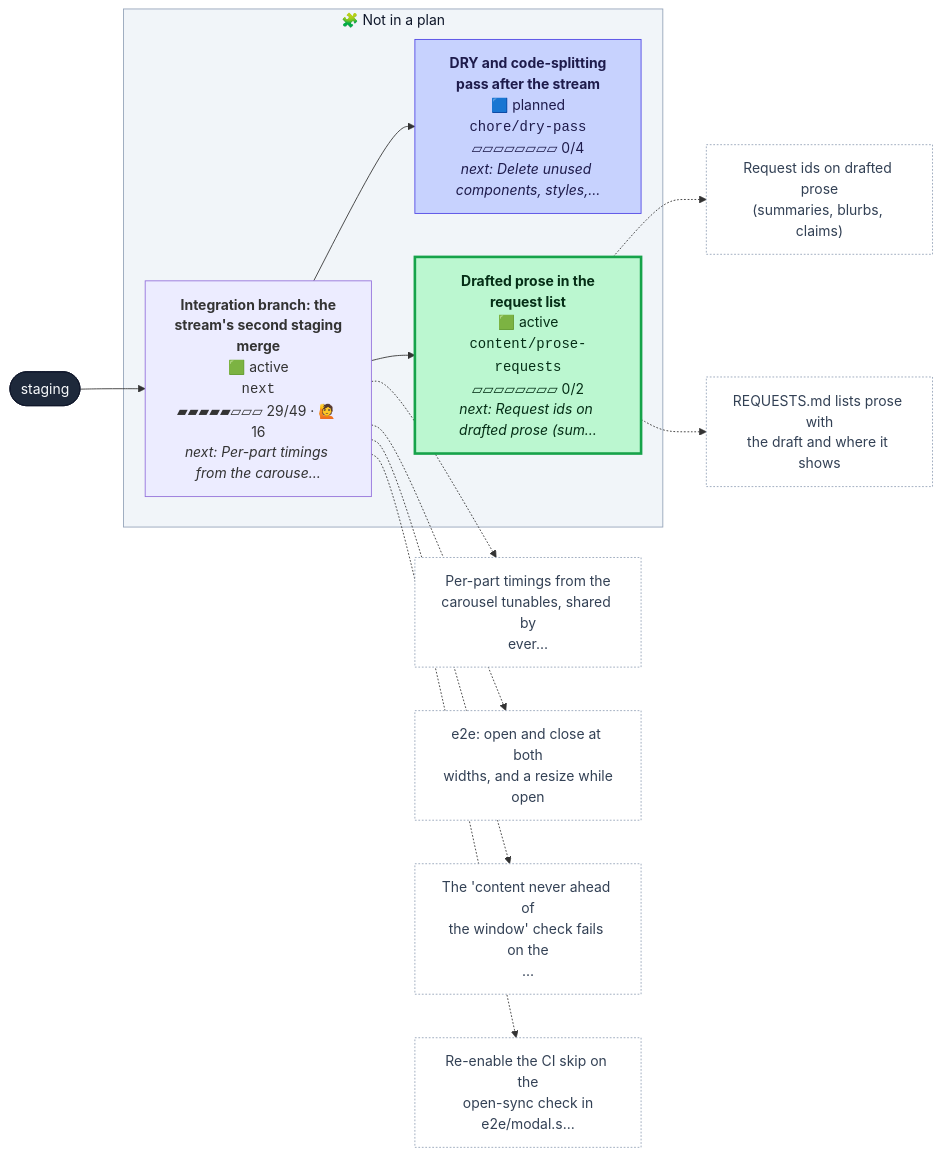
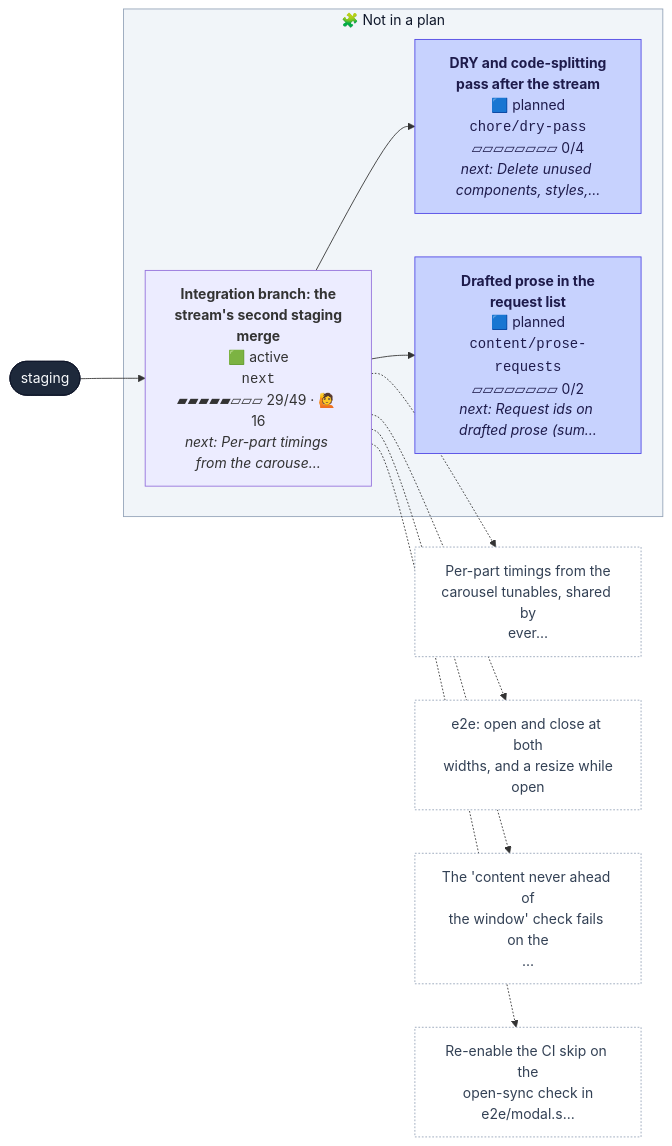
The first of 2 diagrams in CONTRIBUTING.md (henryjonescodes/portfolio), drawn with Mermaid before and after one commit. The commit also changed other lines of this file, not shown here.

````diff
--- a/CONTRIBUTING.md
+++ b/CONTRIBUTING.md
@@ -16,44 +16,38 @@
 ```mermaid
 flowchart LR
   n_staging([staging])
   class n_staging trunk
   subgraph loose["🧩 Not in a plan"]
     n_chore_dry_pass["<b>DRY and code-splitting<br/>pass after the stream</b><br/>🟦 planned<br/><code>chore/dry-pass</code><br/>▱▱▱▱▱▱▱▱ 0/4<br/><i>next: Delete unused components, styles,…</i>"]
     class n_chore_dry_pass planned
-    n_content_prose_requests["<b>Drafted prose in the<br/>request list</b><br/>🟩 active<br/><code>content/prose-requests</code><br/>▱▱▱▱▱▱▱▱ 0/2<br/><i>next: Request ids on drafted prose (sum…</i>"]
-    class n_content_prose_requests active
+    n_content_prose_requests["<b>Drafted prose in the<br/>request list</b><br/>🟦 planned<br/><code>content/prose-requests</code><br/>▱▱▱▱▱▱▱▱ 0/2<br/><i>next: Request ids on drafted prose (sum…</i>"]
+    class n_content_prose_requests planned
     n_next["<b>Integration branch: the<br/>stream's second staging<br/>merge</b><br/>🟩 active<br/><code>next</code><br/>▰▰▰▰▰▱▱▱ 29/49 · 🙋 16<br/><i>next: Per-part timings from the carouse…</i>"]
     class n_next active,current
   end
   style loose fill:#f1f5f9,stroke:#94a3b8,color:#0f172a
   n_next --> n_chore_dry_pass
   n_next --> n_content_prose_requests
   n_staging --> n_next
-  n_content_prose_requests_t0["Request ids on drafted prose<br/>(summaries, blurbs, claims)"]
-  class n_content_prose_requests_t0 todo
-  n_content_prose_requests -.-> n_content_prose_requests_t0
-  n_content_prose_requests_t1["REQUESTS.md lists prose with<br/>the draft and where it shows"]
-  class n_content_prose_requests_t1 todo
-  n_content_prose_requests -.-> n_content_prose_requests_t1
   n_next_t0["Per-part timings from the<br/>carousel tunables, shared by<br/>ever…"]
   class n_next_t0 todo
   n_next -.-> n_next_t0
   n_next_t1["e2e: open and close at both<br/>widths, and a resize while<br/>open"]
   class n_next_t1 todo
   n_next -.-> n_next_t1
   n_next_t2["The 'content never ahead of<br/>the window' check fails on the<br/>…"]
   class n_next_t2 todo
   n_next -.-> n_next_t2
   n_next_t3["Re-enable the CI skip on the<br/>open-sync check in<br/>e2e/modal.s…"]
   class n_next_t3 todo
   n_next -.-> n_next_t3
   classDef merged fill:#dcfce7,stroke:#16a34a,color:#052e16
   classDef todo fill:#ffffff,stroke:#94a3b8,stroke-dasharray:2 2,color:#334155
   classDef planned fill:#c7d2fe,stroke:#4f46e5,color:#1e1b4b
   classDef sketched fill:#f8fafc,stroke:#64748b,stroke-dasharray:4 3,color:#334155
   classDef active fill:#bbf7d0,stroke:#16a34a,stroke-width:3px,color:#052e16
   classDef review fill:#fde68a,stroke:#d97706,stroke-width:3px,color:#451a03
   classDef blocked fill:#fecaca,stroke:#dc2626,stroke-width:3px,color:#450a0a
   classDef trunk fill:#1e293b,stroke:#0f172a,color:#f8fafc
   classDef current stroke:#0ea5e9,stroke-width:5px
 ```
````
